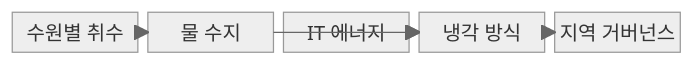
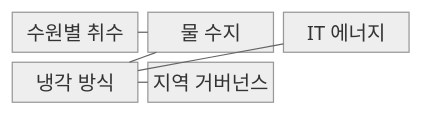
The first of 2 diagrams in src/content/docs/notes/08-latest-tech/199_water_usage_effectiveness.md (agnusdei1207/knowledge-base), drawn with Mermaid (neutral theme) before and after one commit. The commit also changed other lines of this file and 53 other files, not shown here.

````diff
--- a/src/content/docs/notes/08-latest-tech/199_water_usage_effectiveness.md
+++ b/src/content/docs/notes/08-latest-tech/199_water_usage_effectiveness.md
@@ -52,13 +52,13 @@
 ```mermaid
 block-beta
-  columns 5
+  columns 3
   A["수원별 취수"]
   B["물 수지"]
   C["IT 에너지"]
   D["냉각 방식"]
   E["지역 거버넌스"]
-  A --> B
-  B --> D
-  C --> D
-  D --> E
+  A --- B
+  B --- D
+  C --- D
+  D --- E
 ```
````
